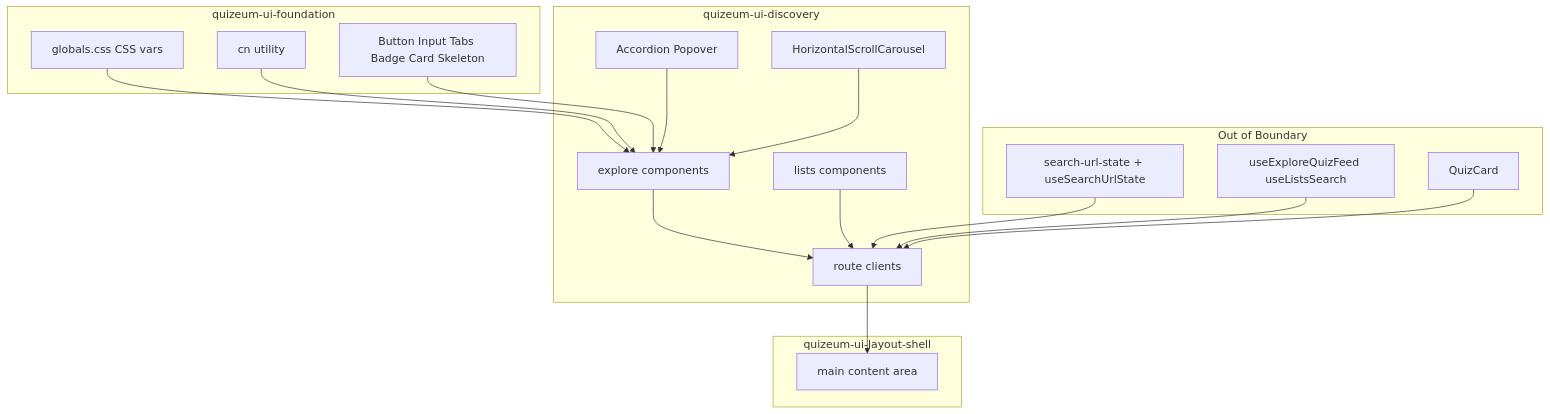
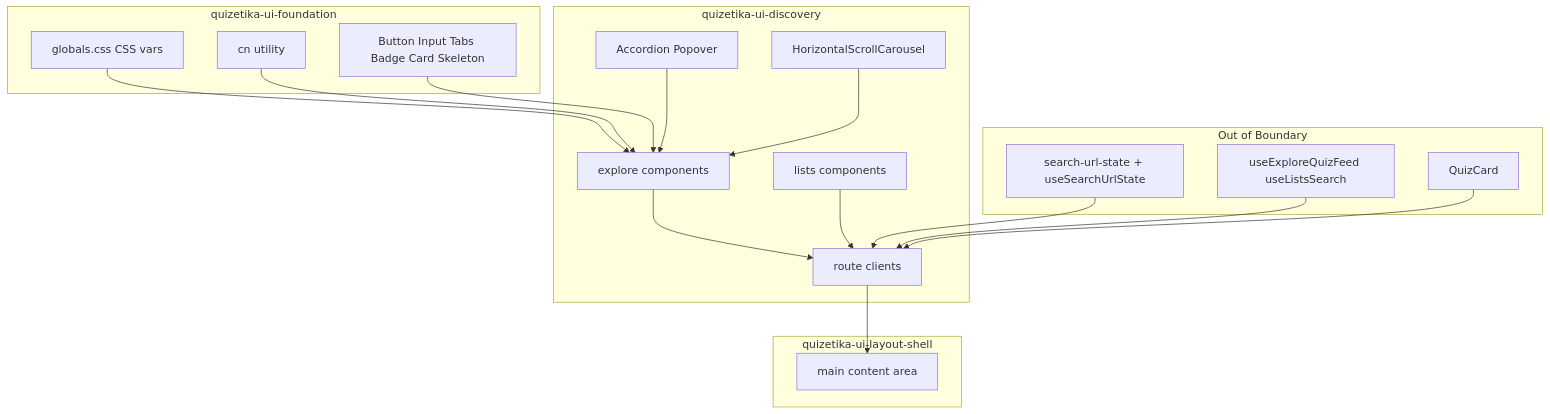
Before and after one commit to npressoworks/quizetika: the first of 5 diagrams in .kiro/specs/quizeum-ui-discovery/design.md, drawn with Mermaid. The commit also changed other lines of this file and 207 other files, not shown here.

````diff
--- a/.kiro/specs/quizeum-ui-discovery/design.md
+++ b/.kiro/specs/quizeum-ui-discovery/design.md
@@ -87,38 +87,38 @@
 ```mermaid
 graph TD
-    subgraph Foundation [quizeum-ui-foundation]
+    subgraph Foundation [quizetika-ui-foundation]
         Globals[globals.css CSS vars]
         CN[cn utility]
         Primitives[Button Input Tabs Badge Card Skeleton]
     end
 
-    subgraph Shell [quizeum-ui-layout-shell]
+    subgraph Shell [quizetika-ui-layout-shell]
         Main[main content area]
     end
 
-    subgraph Discovery [quizeum-ui-discovery]
+    subgraph Discovery [quizetika-ui-discovery]
         HSC[HorizontalScrollCarousel]
         ExploreShared[explore components]
         ListsUI[lists components]
         Routes[route clients]
         NewUI[Accordion Popover]
     end
 
     subgraph Unchanged [Out of Boundary]
         UrlState[search-url-state + useSearchUrlState]
         FeedHooks[useExploreQuizFeed useListsSearch]
         QuizCard[QuizCard]
     end
 
     Globals --> ExploreShared
     CN --> ExploreShared
     Primitives --> ExploreShared
     NewUI --> ExploreShared
     HSC --> ExploreShared
     ExploreShared --> Routes
     ListsUI --> Routes
     Routes --> Main
     UrlState --> Routes
     FeedHooks --> Routes
     QuizCard --> Routes
 ```
````
